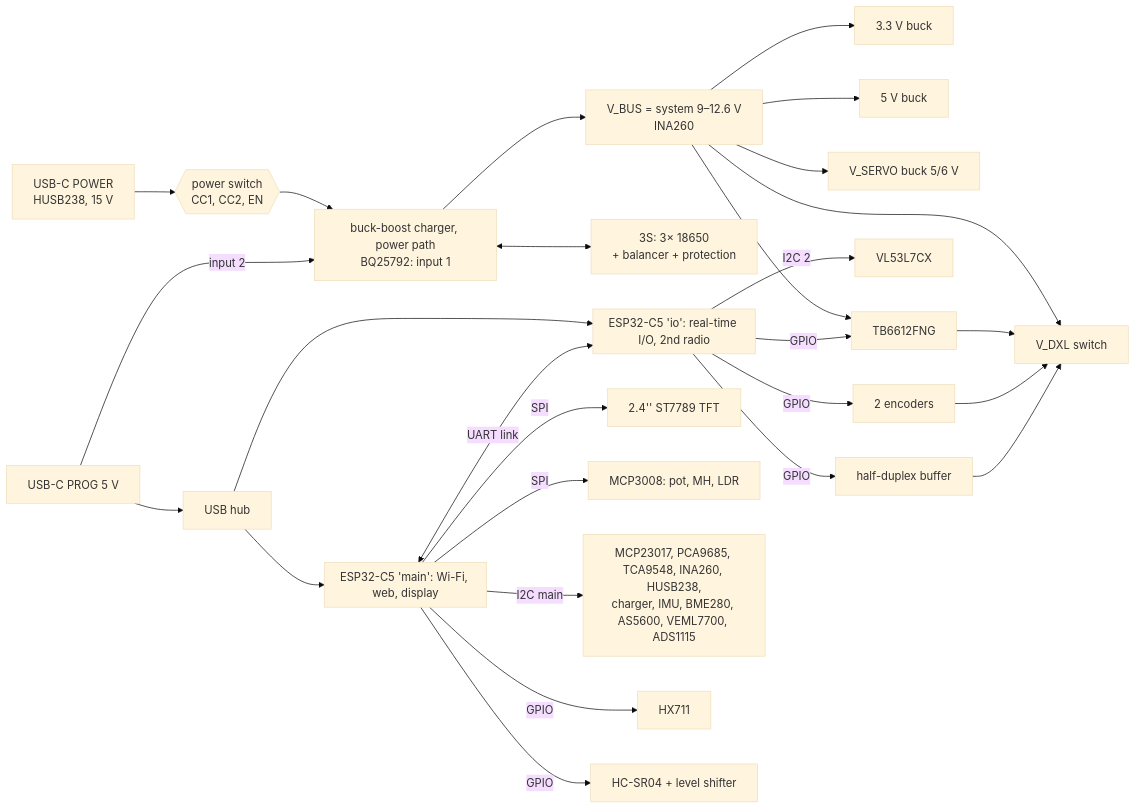
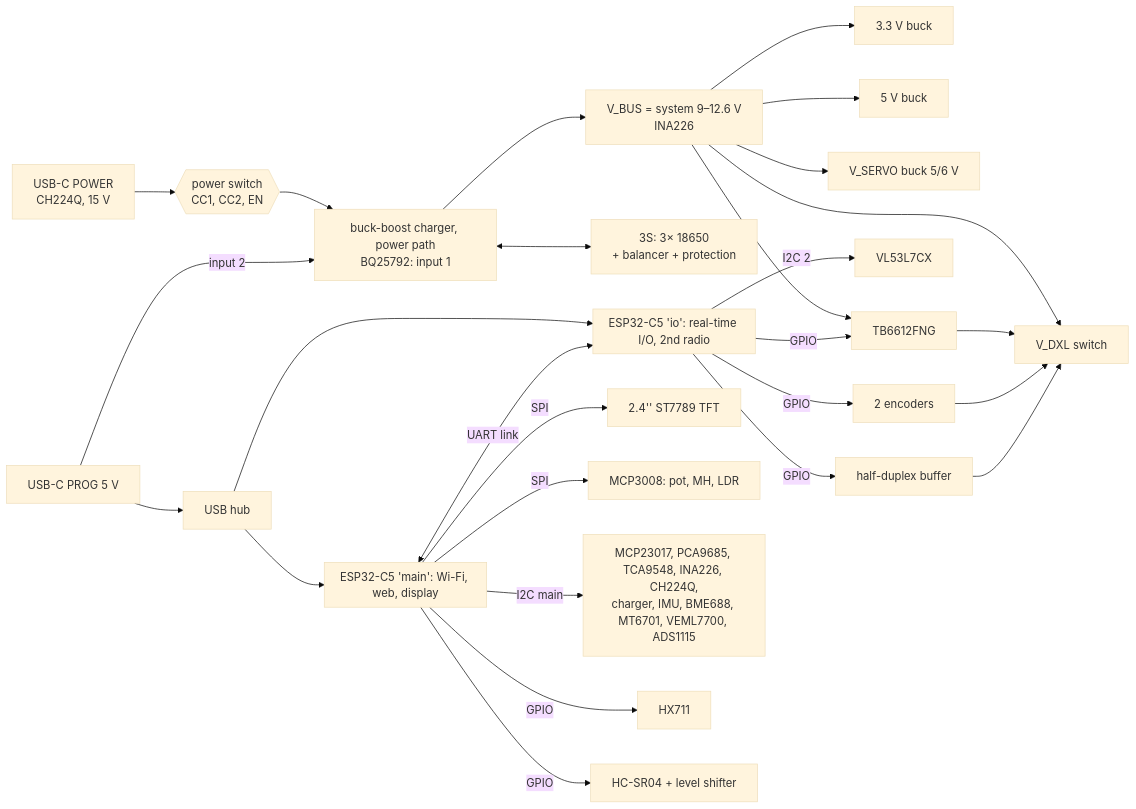
The diagram in Electronics_KiCad/PCB_SPEC.md (vgroenhuis/SensorTestSetup), drawn with Mermaid (base theme) before and after one commit. The commit also changed other lines of this file, not shown here.

````diff
--- a/Electronics_KiCad/PCB_SPEC.md
+++ b/Electronics_KiCad/PCB_SPEC.md
@@ -42,23 +44,23 @@
 ```mermaid
 flowchart LR
-  PD[USB-C POWER<br>HUSB238, 15 V] --> SW{{power switch<br>CC1, CC2, EN}}
+  PD[USB-C POWER<br>CH224Q, 15 V] --> SW{{power switch<br>CC1, CC2, EN}}
   SW --> CHG[buck-boost charger, power path<br>BQ25792: input 1]
   PROG[USB-C PROG 5 V] --> HUB[USB hub]
   PROG -- input 2 --> CHG
   HUB --> A & B
   CHG <--> BAT[3S: 3× 18650<br>+ balancer + protection]
-  CHG --> VBUS[V_BUS = system 9–12.6 V<br>INA260]
+  CHG --> VBUS[V_BUS = system 9–12.6 V<br>INA226]
   VBUS --> R33[3.3 V buck] & R5[5 V buck] & SERVO[V_SERVO buck 5/6 V] & MOT[TB6612FNG] & DXL[V_DXL switch]
   subgraph A[ESP32-C5 'main': Wi-Fi, web, display]
     direction TB
   end
   subgraph B[ESP32-C5 'io': real-time I/O, 2nd radio]
     direction TB
   end
   A <-- UART link --> B
   A -- SPI --> TFT[2.4'' ST7789 TFT] & ADC8[MCP3008: pot, MH, LDR]
-  A -- I2C main --> I2CDEV[MCP23017, PCA9685, TCA9548, INA260, HUSB238,<br>charger, IMU, BME280, AS5600, VEML7700, ADS1115]
+  A -- I2C main --> I2CDEV[MCP23017, PCA9685, TCA9548, INA226, CH224Q,<br>charger, IMU, BME688, MT6701, VEML7700, ADS1115]
   A -- GPIO --> HX[HX711] & US[HC-SR04 + level shifter]
   B -- I2C 2 --> TOF[VL53L7CX]
   B -- GPIO --> MOT & ENC[2 encoders] & DXLBUF[half-duplex buffer] --> DXL
 ```
````
